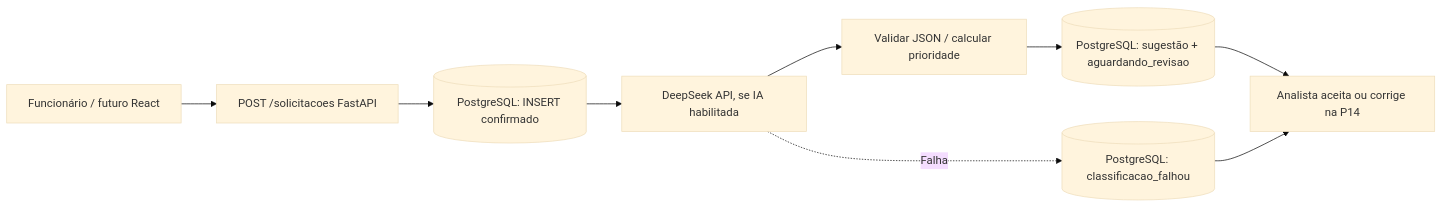
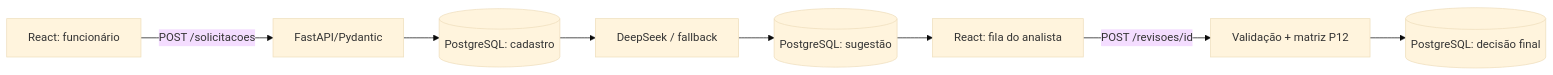
The diagram in README.md (waldirevora/ai-request-classifier), drawn with Mermaid (base theme) before and after one commit. The commit also changed other lines of this file and 18 other files, not shown here.

Commit message:
feat(wweb): implementa interface React e revisao humana

````diff
--- a/README.md
+++ b/README.md
@@ -13,11 +13,10 @@
 ```mermaid
 flowchart LR
-    A[Funcionário / futuro React] --> B[POST /solicitacoes FastAPI]
-    B --> C[(PostgreSQL: INSERT confirmado)]
-    C --> D[DeepSeek API, se IA habilitada]
-    D --> E[Validar JSON / calcular prioridade]
-    E --> F[(PostgreSQL: sugestão + aguardando_revisao)]
-    D -. Falha .-> G[(PostgreSQL: classificacao_falhou)]
-    F --> H[Analista aceita ou corrige na P14]
-    G --> H
+    A[React: funcionário] -->|POST /solicitacoes| B[FastAPI/Pydantic]
+    B --> C[(PostgreSQL: cadastro)]
+    C --> D[DeepSeek / fallback]
+    D --> E[(PostgreSQL: sugestão)]
+    E --> F[React: fila do analista]
+    F -->|POST /revisoes/id| G[Validação + matriz P12]
+    G --> H[(PostgreSQL: decisão final)]
 ```
````
